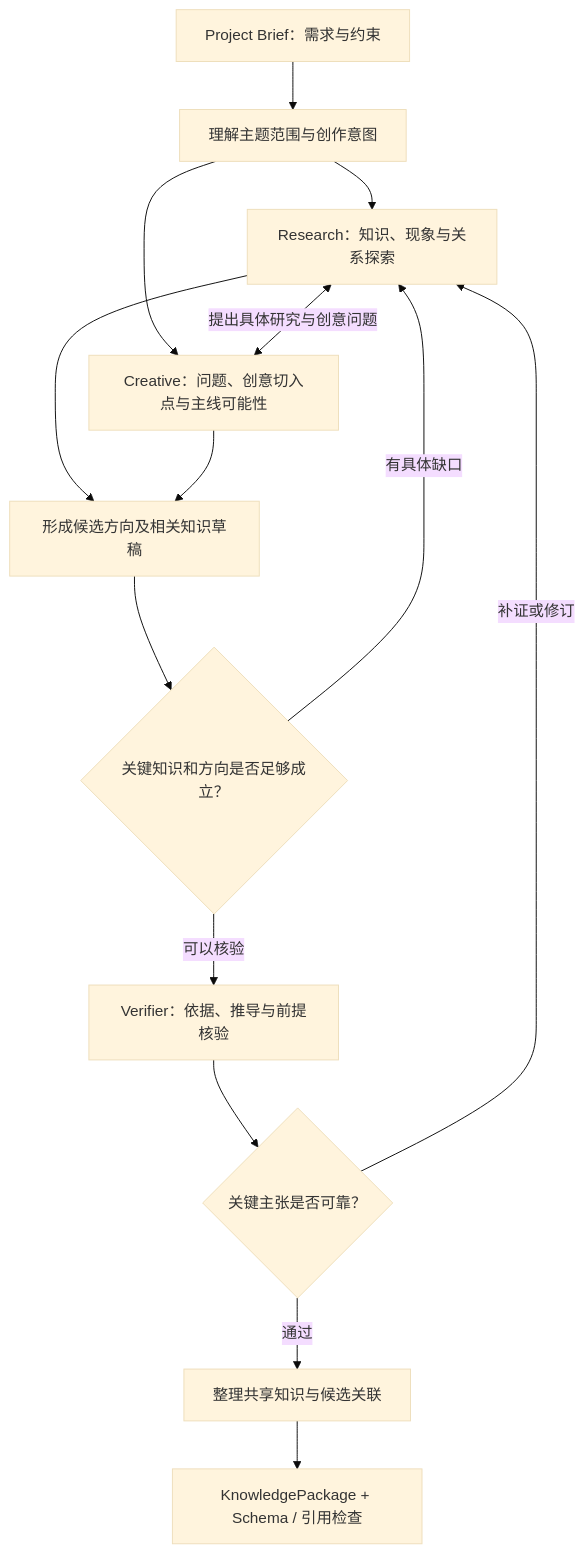
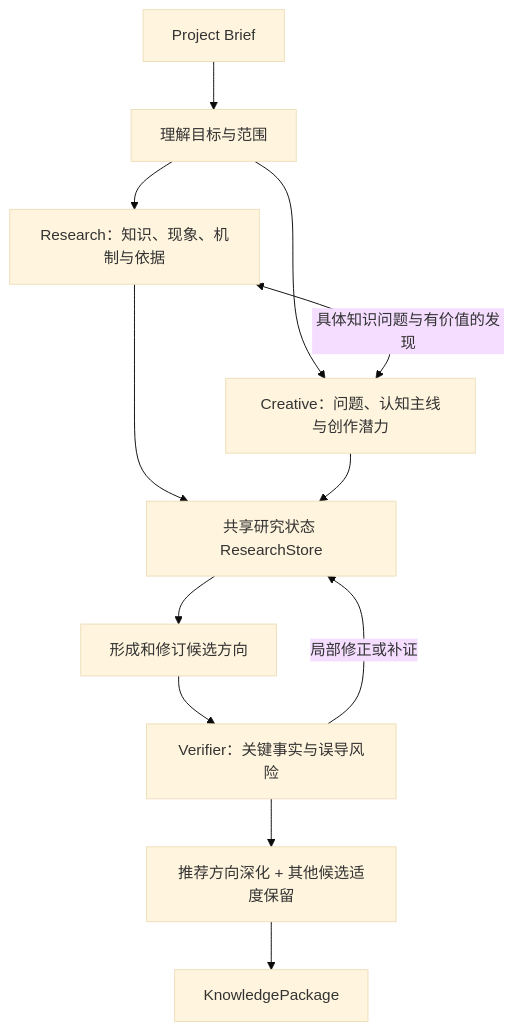
One commit to LIZZYGREAT/knowledge-show changed the diagram in docs/work/backend/knowledge/知识层探索与创意策划.md. Above: the diagram before and after it, drawn with Mermaid (base theme). The commit also changed other lines of this file and 3 other files, not shown here.

Commit message:
docs: expand knowledge workflow and architecture guidance

````diff
--- a/docs/work/backend/knowledge/知识层探索与创意策划.md
+++ b/docs/work/backend/knowledge/知识层探索与创意策划.md
@@ -48,16 +43,14 @@
 ```mermaid
 flowchart TD
-    B[Project Brief：需求与约束] --> U[理解主题范围与创作意图]
-    U --> R[Research：知识、现象与关系探索]
-    U --> C[Creative：问题、创意切入点与主线可能性]
-    R <--> |提出具体研究与创意问题| C
-    R --> D[形成候选方向及相关知识草稿]
-    C --> D
-    D --> G{关键知识和方向是否足够成立？}
-    G -->|有具体缺口| R
-    G -->|可以核验| V[Verifier：依据、推导与前提核验]
-    V --> F{关键主张是否可靠？}
-    F -->|补证或修订| R
-    F -->|通过| P[整理共享知识与候选关联]
-    P --> O[KnowledgePackage + Schema / 引用检查]
+    B[Project Brief] --> U[理解目标与范围]
+    U --> R[Research：知识、现象、机制与依据]
+    U --> C[Creative：问题、认知主线与创作潜力]
+    R <--> |具体知识问题与有价值的发现| C
+    R --> S[共享研究状态 ResearchStore]
+    C --> S
+    S --> D[形成和修订候选方向]
+    D --> V[Verifier：关键事实与误导风险]
+    V --> |局部修正或补证| S
+    V --> H[推荐方向深化 + 其他候选适度保留]
+    H --> P[KnowledgePackage]
 ```
````
